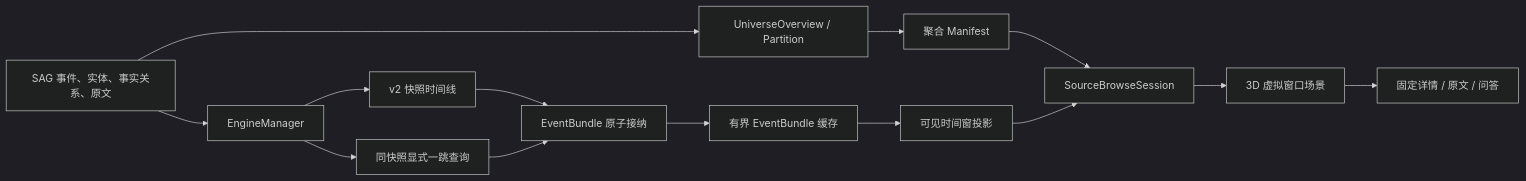
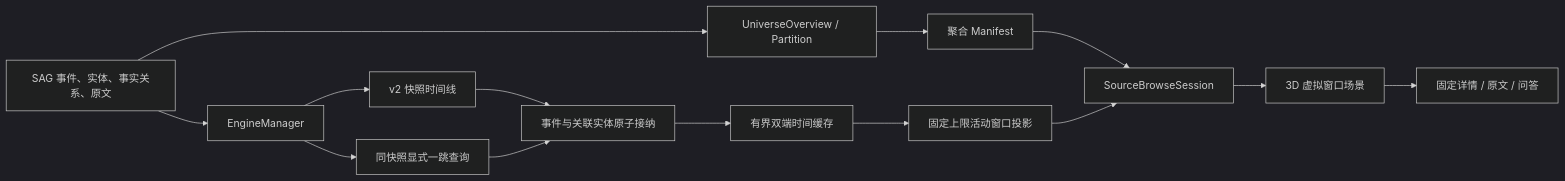
Before and after one commit to ilssn/sag: the diagram in docs/architecture/knowledge-universe.md, drawn with Mermaid (dark theme). The commit also changed other lines of this file and 73 other files, not shown here.

````diff
--- a/docs/architecture/knowledge-universe.md
+++ b/docs/architecture/knowledge-universe.md
@@ -38,16 +44,16 @@
 ```mermaid
 flowchart LR
     FACTS["SAG 事件、实体、事实关系、原文"] --> ENGINE["EngineManager"]
     FACTS --> SNAPSHOT["UniverseOverview / Partition"]
     SNAPSHOT --> MANIFEST["聚合 Manifest"]
     ENGINE --> TIMELINE["v2 快照时间线"]
     ENGINE --> EXPAND["同快照显式一跳查询"]
     MANIFEST --> SESSION["SourceBrowseSession"]
-    TIMELINE --> ADMISSION["EventBundle 原子接纳"]
+    TIMELINE --> ADMISSION["事件与关联实体原子接纳"]
     EXPAND --> ADMISSION
-    ADMISSION --> CACHE["有界 EventBundle 缓存"]
-    CACHE --> WINDOW["可见时间窗投影"]
+    ADMISSION --> CACHE["有界双端时间缓存"]
+    CACHE --> WINDOW["固定上限活动窗口投影"]
     WINDOW --> SESSION
     SESSION --> SCENE["3D 虚拟窗口场景"]
     SCENE --> INSPECTOR["固定详情 / 原文 / 问答"]
 ```
````
